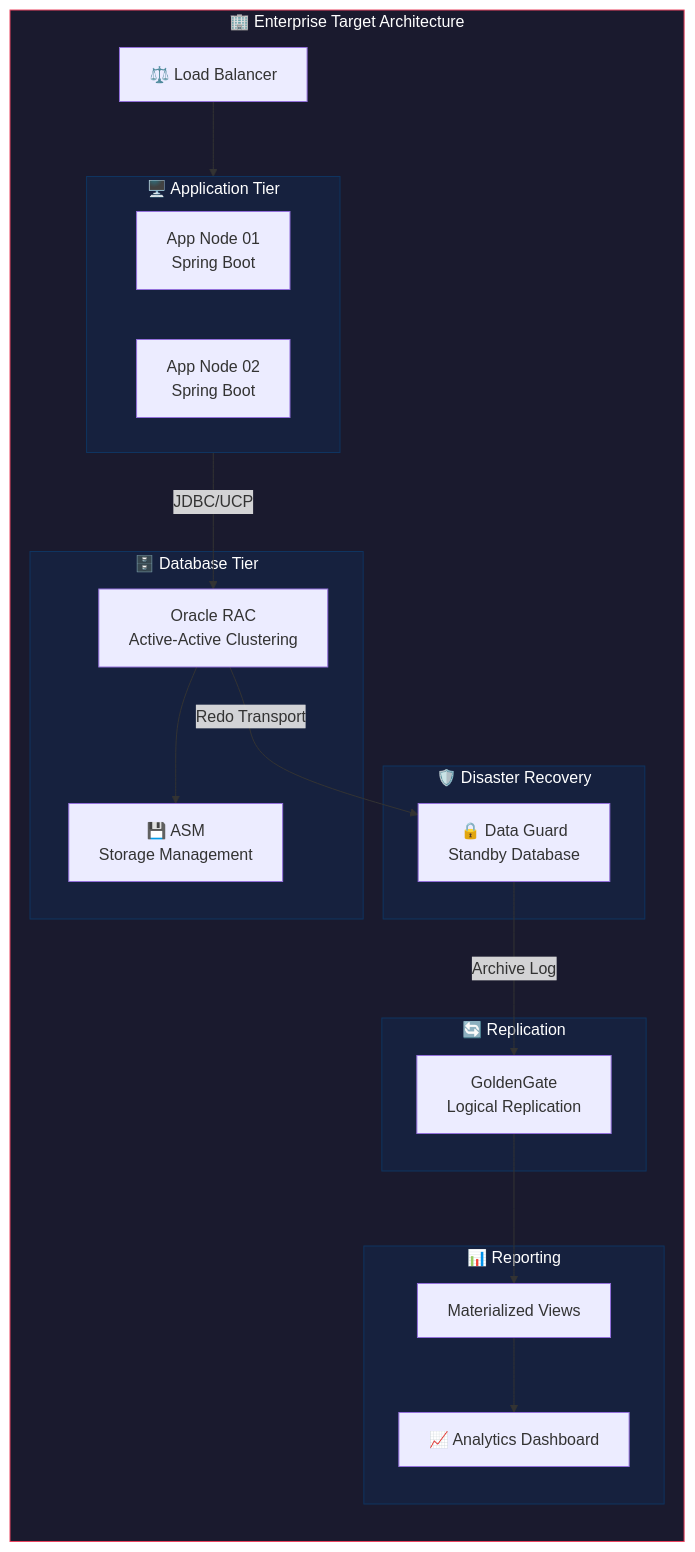
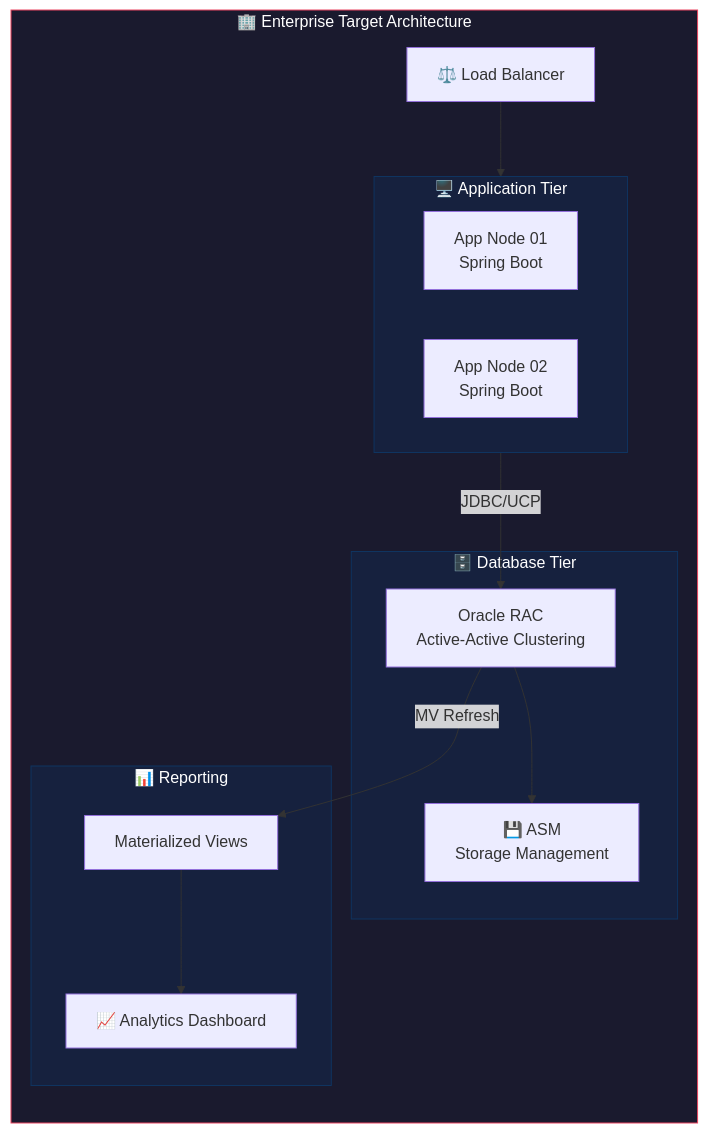
One commit to sergio11/oracle_multitenant_order_management_poc changed the second of 8 diagrams in README.md. Above: the diagram before and after it, drawn with Mermaid. The commit also changed other lines of this file and 1 other file, not shown here.

````diff
--- a/README.md
+++ b/README.md
@@ -69,45 +75,33 @@
 ```mermaid
 graph TB
     subgraph Enterprise["🏢 Enterprise Target Architecture"]
         direction TB
         LB["⚖️ Load Balancer"]
 
         subgraph AppTier["🖥️ Application Tier"]
             APP1["App Node 01<br/>Spring Boot"]
             APP2["App Node 02<br/>Spring Boot"]
         end
 
         subgraph DBTier["🗄️ Database Tier"]
             RAC["Oracle RAC<br/>Active-Active Clustering"]
             ASM["💾 ASM<br/>Storage Management"]
         end
 
-        subgraph DR["🛡️ Disaster Recovery"]
-            DG["🔒 Data Guard<br/>Standby Database"]
-        end
-
-        subgraph Replication["🔄 Replication"]
-            GG["GoldenGate<br/>Logical Replication"]
-        end
-
         subgraph Reporting["📊 Reporting"]
             MV_RPT["Materialized Views"]
             Analytics["📈 Analytics Dashboard"]
         end
 
         LB --> AppTier
         AppTier -->|"JDBC/UCP"| RAC
         RAC --> ASM
-        RAC -->|"Redo Transport"| DG
-        DG -->|"Archive Log"| GG
-        GG --> MV_RPT
+        RAC -->|"MV Refresh"| MV_RPT
         MV_RPT --> Analytics
     end
 
     style Enterprise fill:#1a1a2e,stroke:#e94560,color:#fff
     style AppTier fill:#16213e,stroke:#0f3460,color:#fff
     style DBTier fill:#16213e,stroke:#0f3460,color:#fff
-    style DR fill:#16213e,stroke:#0f3460,color:#fff
-    style Replication fill:#16213e,stroke:#0f3460,color:#fff
     style Reporting fill:#16213e,stroke:#0f3460,color:#fff
 ```
````
